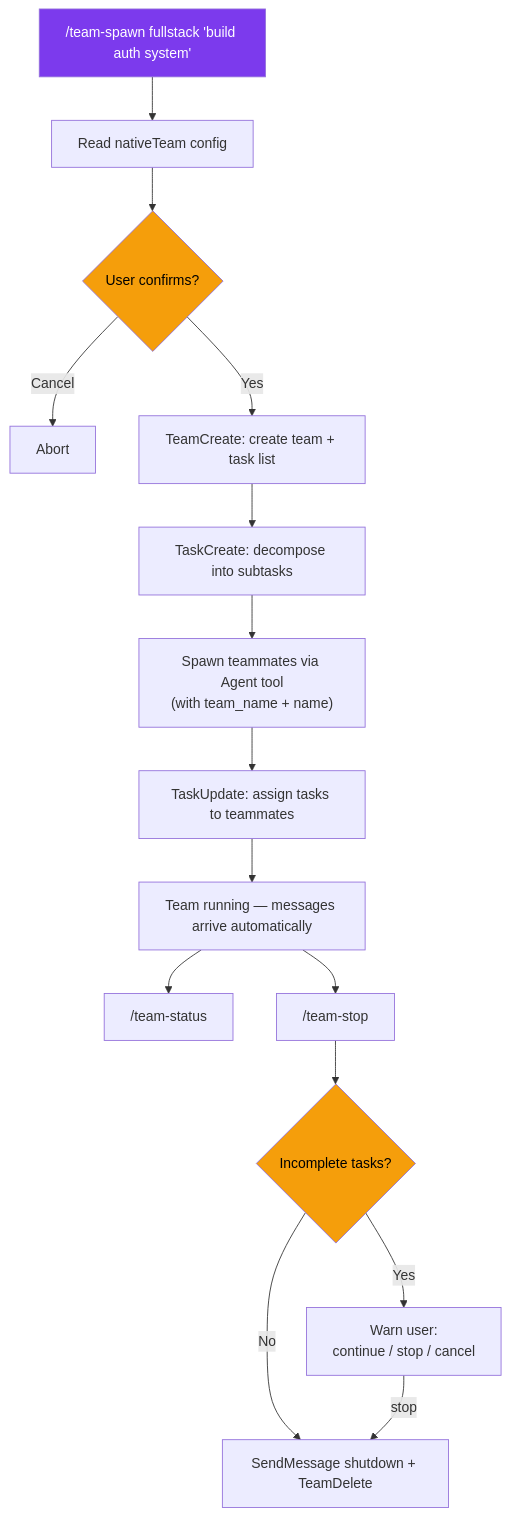
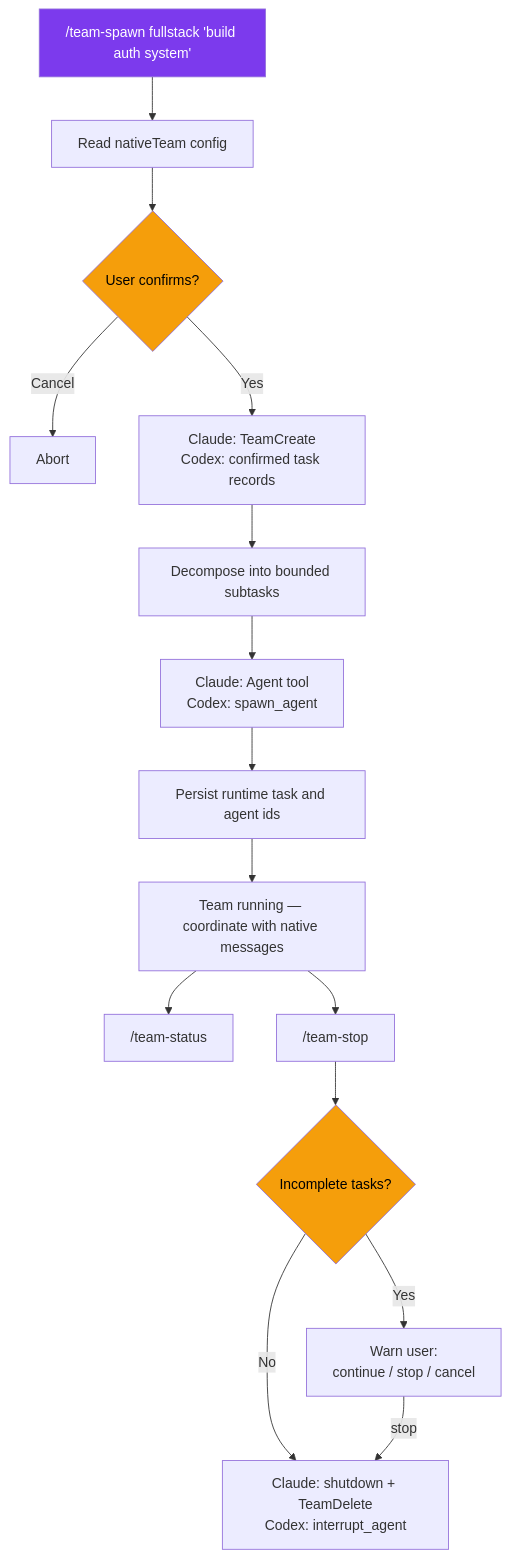
The third of 3 diagrams in docs/multi-agent.md (Hoya324/oh-my-harness), drawn with Mermaid before and after one commit. The commit also changed other lines of this file and 20 other files, not shown here.

Commit message:
docs: document Claude and Codex support

````diff
--- a/docs/multi-agent.md
+++ b/docs/multi-agent.md
@@ -126,23 +141,23 @@
 ```mermaid
 graph TD
     START["/team-spawn fullstack 'build auth system'"] --> CONFIG[Read nativeTeam config]
     CONFIG --> CONFIRM{"User confirms?"}
     CONFIRM -->|Cancel| ABORT[Abort]
-    CONFIRM -->|Yes| CREATE[TeamCreate: create team + task list]
-    CREATE --> TASKS[TaskCreate: decompose into subtasks]
-    TASKS --> SPAWN["Spawn teammates via Agent tool<br/>(with team_name + name)"]
-    SPAWN --> ASSIGN[TaskUpdate: assign tasks to teammates]
-    ASSIGN --> RUNNING[Team running — messages arrive automatically]
+    CONFIRM -->|Yes| CREATE["Claude: TeamCreate<br/>Codex: confirmed task records"]
+    CREATE --> TASKS[Decompose into bounded subtasks]
+    TASKS --> SPAWN["Claude: Agent tool<br/>Codex: spawn_agent"]
+    SPAWN --> ASSIGN["Persist runtime task and agent ids"]
+    ASSIGN --> RUNNING["Team running — coordinate with native messages"]
 
     RUNNING --> STATUS["/team-status"]
     RUNNING --> STOP["/team-stop"]
 
     STOP --> CHECK{"Incomplete tasks?"}
     CHECK -->|Yes| WARN["Warn user:<br/>continue / stop / cancel"]
-    CHECK -->|No| SHUTDOWN[SendMessage shutdown + TeamDelete]
+    CHECK -->|No| SHUTDOWN["Claude: shutdown + TeamDelete<br/>Codex: interrupt_agent"]
     WARN -->|stop| SHUTDOWN
 
     style START fill:#7C3AED,color:#fff
     style CONFIRM fill:#f59e0b,color:#000
     style CHECK fill:#f59e0b,color:#000
 ```
````
